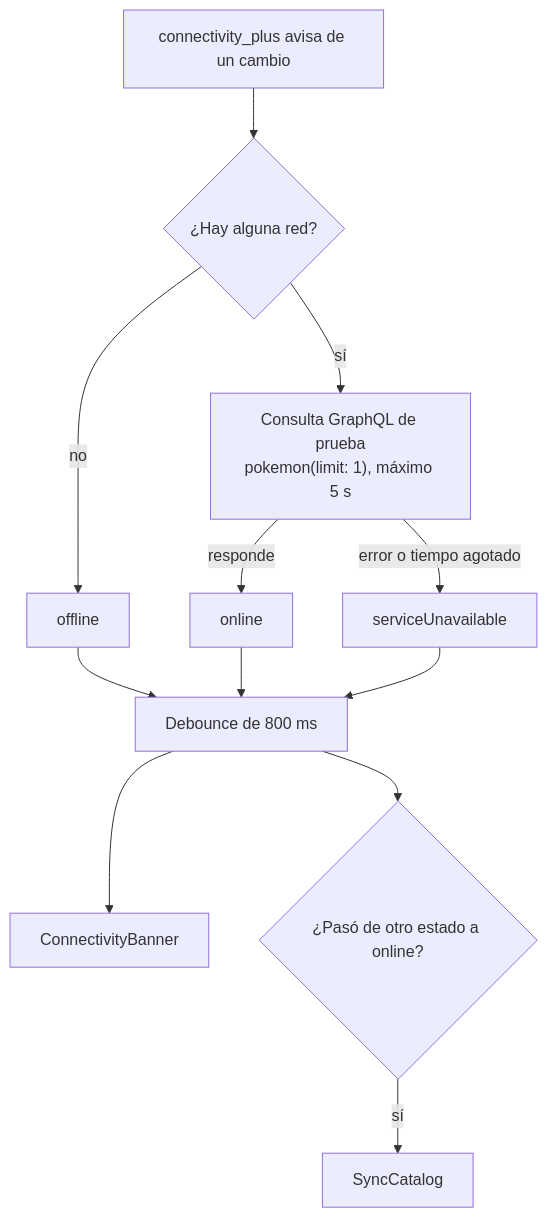
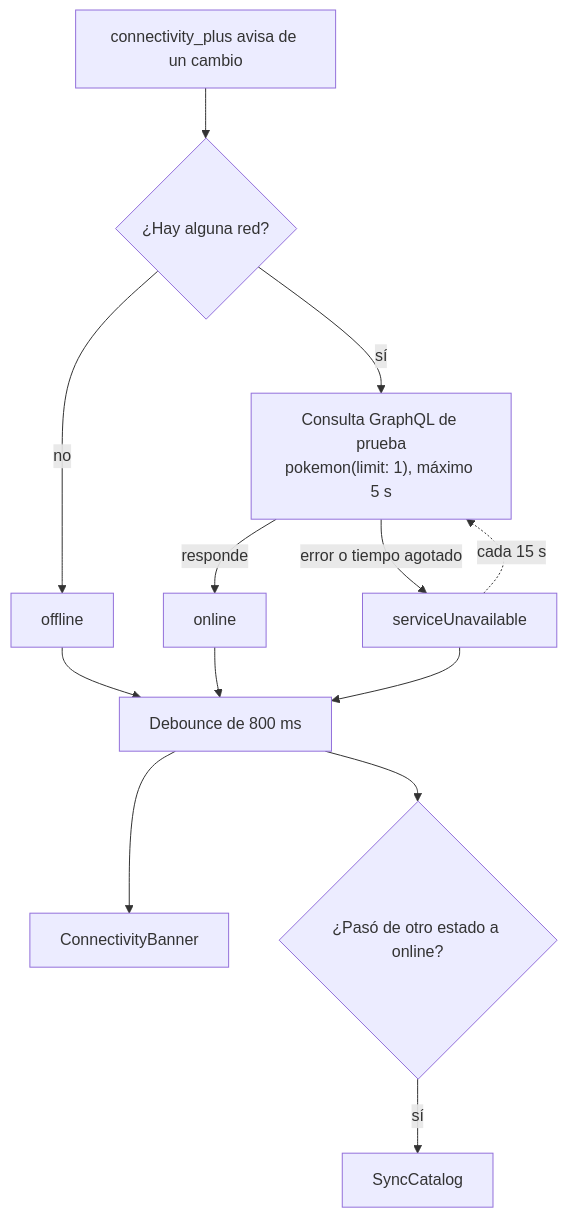
The fourth of 5 diagrams in docs/arquitectura.md (JoseHidalgoG/pokedex-flutter), drawn with Mermaid before and after one commit. The commit also changed other lines of this file, not shown here.

````diff
--- a/docs/arquitectura.md
+++ b/docs/arquitectura.md
@@ -126,14 +130,15 @@
 ```mermaid
 flowchart TD
   Change[connectivity_plus avisa de un cambio] --> Network{¿Hay alguna red?}
   Network -- no --> Offline[offline]
   Network -- sí --> Health["Consulta GraphQL de prueba<br/>pokemon(limit: 1), máximo 5 s"]
   Health -- responde --> Online[online]
   Health -- error o tiempo agotado --> Unavailable[serviceUnavailable]
+  Unavailable -. cada 15 s .-> Health
   Offline --> Debounce[Debounce de 800 ms]
   Online --> Debounce
   Unavailable --> Debounce
   Debounce --> Banner[ConnectivityBanner]
   Debounce --> Transition{¿Pasó de otro estado a online?}
   Transition -- sí --> SyncCatalog[SyncCatalog]
 ```
````
